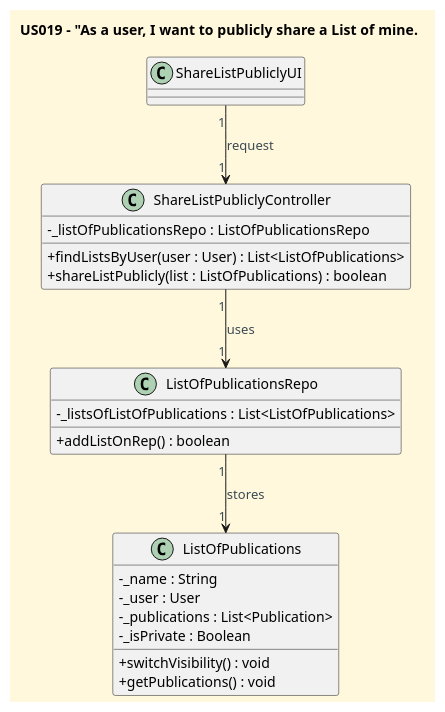
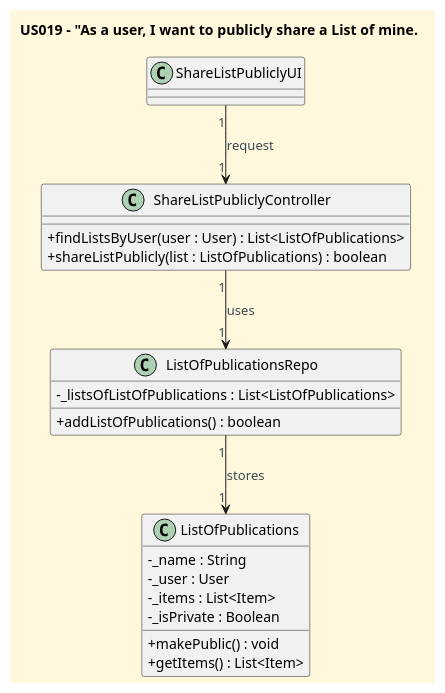
Before and after one commit to CarolinaLeite-collab/JavaMarketplacePlatform: the diagram in docs/userStories/US019/US019_to_publicly_share_a_list_CD.puml, drawn with PlantUML.

Commit message:
#165 - updated CD of US019

```diff
--- a/docs/userStories/US019/US019_to_publicly_share_a_list_CD.puml
+++ b/docs/userStories/US019/US019_to_publicly_share_a_list_CD.puml
@@ -1,43 +1,42 @@
 @startuml
 'https://plantuml.com/class-diagram
 title US019 – "As a user, I want to publicly share a List of mine.
 
 '==== basic style ====
 skinparam monochrome false
 skinparam shadowing false
 skinparam defaultFontName Futura
 skinparam objectFontSize 20
 skinparam backgroundColor CornSilk
 skinparam objectBackgroundColor WhiteSmoke
 skinparam noteBackgroundColor #FFFFE0
 skinparam ArrowFontColor #3B4953
 skinparam ActivationBackgroundColor black
 skinparam classAttributeIconSize 0
 
 class ShareListPubliclyUI
 
 class ShareListPubliclyController {
-    - _listOfPublicationsRepo : ListOfPublicationsRepo
     + findListsByUser(user : User) : List<ListOfPublications>
     + shareListPublicly(list : ListOfPublications) : boolean
 }
 
 class ListOfPublicationsRepo {
     - _listsOfListOfPublications : List<ListOfPublications>
-    + addListOnRep() : boolean
+    + addListOfPublications() : boolean
 }
 
 class ListOfPublications {
     - _name : String
     - _user : User
-    - _publications : List<Publication>
+    - _items : List<Item>
     - _isPrivate : Boolean
-    + switchVisibility() : void
-    + getPublications() : void
+    + makePublic() : void
+    + getItems() : List<Item>
 }
 
 "ShareListPubliclyUI" "1" --> "1" "ShareListPubliclyController" : request
 "ShareListPubliclyController" "1" --> "1" "ListOfPublicationsRepo" : uses
 "ListOfPublicationsRepo" "1" --> "1" "ListOfPublications" : stores
 
 @enduml
```
